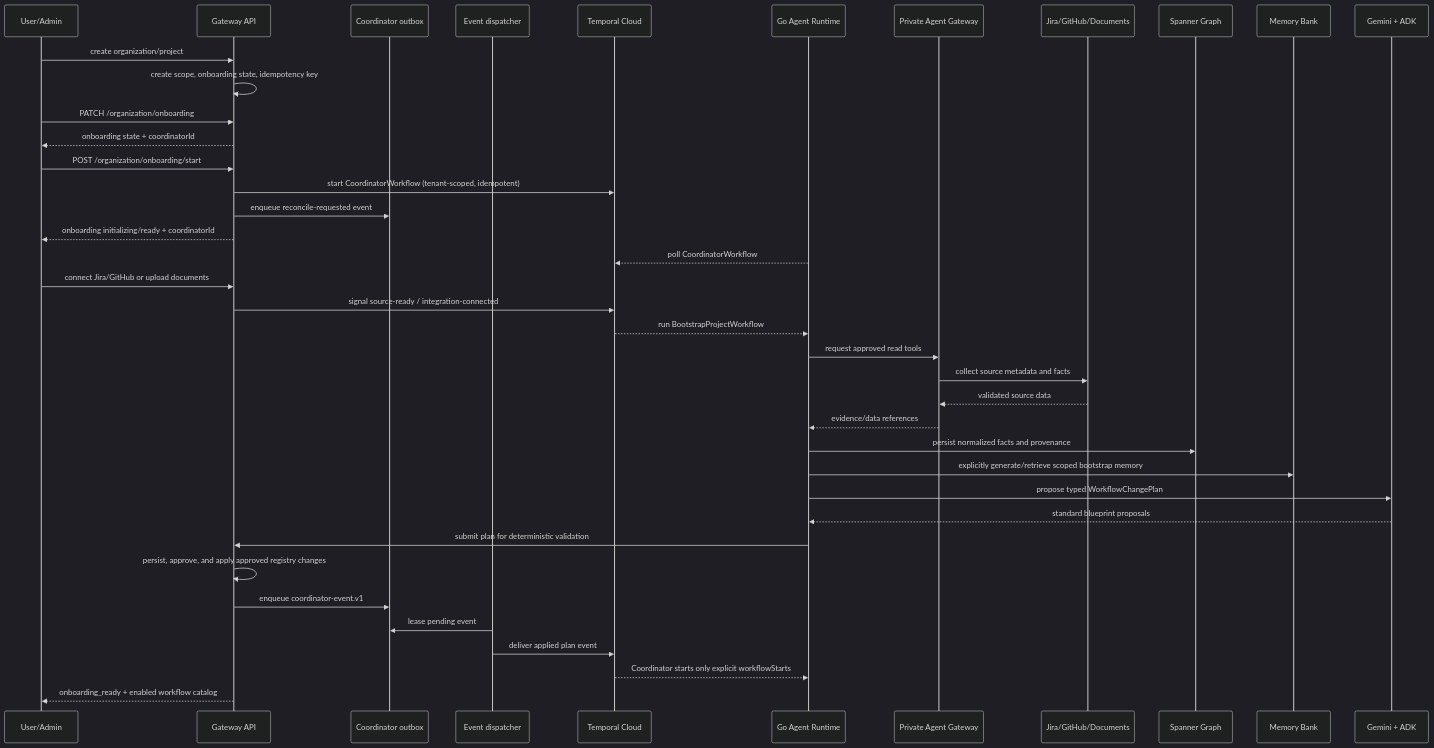
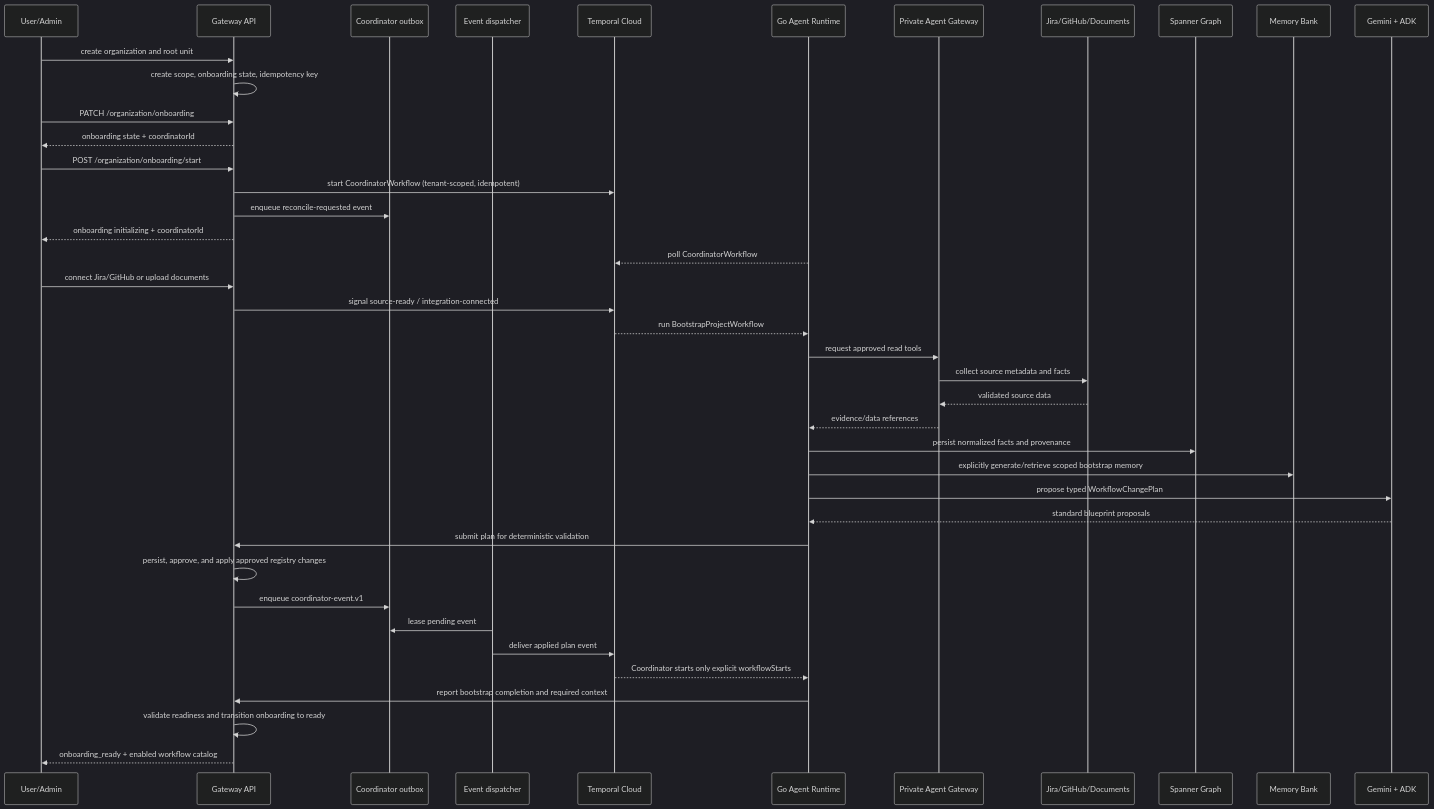
The second of 5 diagrams in docs/flows.md (andriishupta/encois), drawn with Mermaid (dark theme) before and after one commit. The commit also changed other lines of this file and 134 other files, not shown here.

````diff
--- a/docs/flows.md
+++ b/docs/flows.md
@@ -93,43 +98,45 @@
 ```mermaid
 sequenceDiagram
     participant User as User/Admin
     participant API as Gateway API
     participant Outbox as Coordinator outbox
     participant Dispatcher as Event dispatcher
     participant Temporal as Temporal Cloud
     participant Runtime as Go Agent Runtime
     participant AgentGW as Private Agent Gateway
     participant Sources as Jira/GitHub/Documents
     participant Graph as Spanner Graph
     participant Memory as Memory Bank
     participant Gemini as Gemini + ADK
 
-    User->>API: create organization/project
+    User->>API: create organization and root unit
     API->>API: create scope, onboarding state, idempotency key
     User->>API: PATCH /organization/onboarding
     API-->>User: onboarding state + coordinatorId
     User->>API: POST /organization/onboarding/start
     API->>Temporal: start CoordinatorWorkflow (tenant-scoped, idempotent)
     API->>Outbox: enqueue reconcile-requested event
-    API-->>User: onboarding initializing/ready + coordinatorId
+    API-->>User: onboarding initializing + coordinatorId
     Runtime-->>Temporal: poll CoordinatorWorkflow
 
     User->>API: connect Jira/GitHub or upload documents
     API->>Temporal: signal source-ready / integration-connected
     Temporal-->>Runtime: run BootstrapProjectWorkflow
     Runtime->>AgentGW: request approved read tools
     AgentGW->>Sources: collect source metadata and facts
     Sources-->>AgentGW: validated source data
     AgentGW-->>Runtime: evidence/data references
     Runtime->>Graph: persist normalized facts and provenance
     Runtime->>Memory: explicitly generate/retrieve scoped bootstrap memory
     Runtime->>Gemini: propose typed WorkflowChangePlan
     Gemini-->>Runtime: standard blueprint proposals
     Runtime->>API: submit plan for deterministic validation
     API->>API: persist, approve, and apply approved registry changes
     API->>Outbox: enqueue coordinator-event.v1
     Dispatcher->>Outbox: lease pending event
     Dispatcher->>Temporal: deliver applied plan event
     Temporal-->>Runtime: Coordinator starts only explicit workflowStarts
+    Runtime->>API: report bootstrap completion and required context
+    API->>API: validate readiness and transition onboarding to ready
     API-->>User: onboarding_ready + enabled workflow catalog
 ```
````
